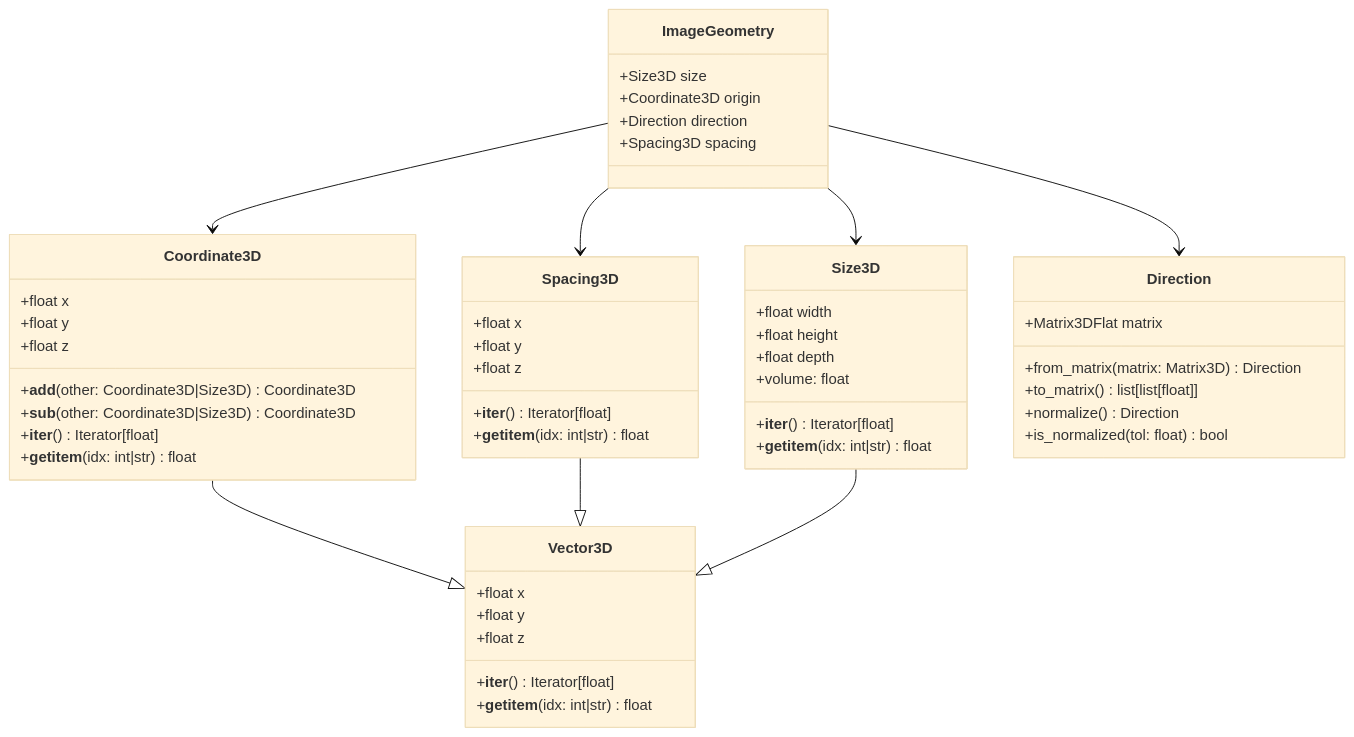
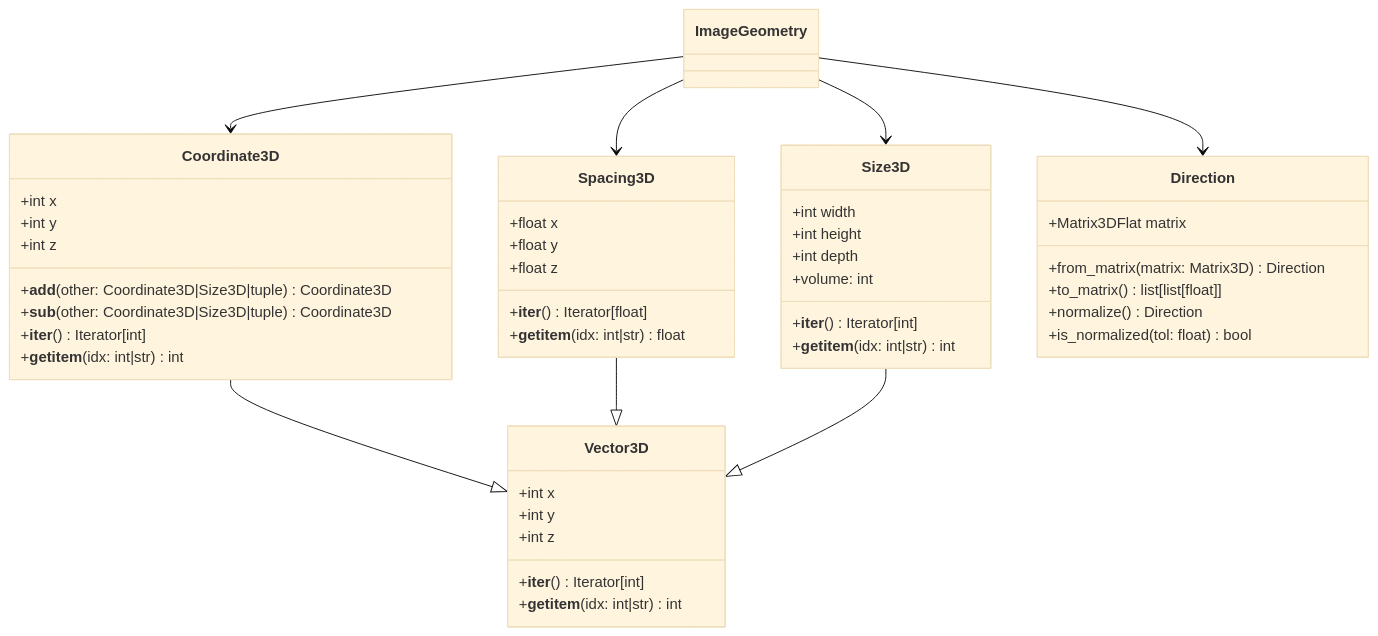
Before and after one commit to bhklab/med-imagetools: the diagram in src/imgtools/coretypes/README.md, drawn with Mermaid (base theme). The commit also changed 1 other file, not shown here.

Commit message:
fix typo in negative adjustment, and update class diagram

````diff
--- a/src/imgtools/coretypes/README.md
+++ b/src/imgtools/coretypes/README.md
@@ -3,63 +3,56 @@
 ```mermaid
 classDiagram
     class Vector3D {
-        +float x
-        +float y
-        +float z
-        +__iter__() Iterator[float]
-        +__getitem__(idx: int|str) float
+        +int x
+        +int y
+        +int z
+        +__iter__() Iterator[int]
+        +__getitem__(idx: int|str) int
     }
 
     class Coordinate3D {
-        +float x
-        +float y
-        +float z
-        +__add__(other: Coordinate3D|Size3D) Coordinate3D
-        +__sub__(other: Coordinate3D|Size3D) Coordinate3D
-        +__iter__() Iterator[float]
-        +__getitem__(idx: int|str) float
+        +int x
+        +int y
+        +int z
+        +__add__(other: Coordinate3D|Size3D|tuple) Coordinate3D
+        +__sub__(other: Coordinate3D|Size3D|tuple) Coordinate3D
+        +__iter__() Iterator[int]
+        +__getitem__(idx: int|str) int
     }
 
     class Spacing3D {
         +float x
         +float y
         +float z
         +__iter__() Iterator[float]
         +__getitem__(idx: int|str) float
     }
 
     class Size3D {
-        +float width
-        +float height
-        +float depth
-        +volume: float
-        +__iter__() Iterator[float]
-        +__getitem__(idx: int|str) float
+        +int width
+        +int height
+        +int depth
+        +volume: int
+        +__iter__() Iterator[int]
+        +__getitem__(idx: int|str) int
     }
-
-    class ImageGeometry {
-        +Size3D size
-        +Coordinate3D origin
-        +Direction direction
-        +Spacing3D spacing
-    }
-
+    
     class Direction {
         +Matrix3DFlat matrix
         +from_matrix(matrix: Matrix3D) Direction
         +to_matrix() list[list[float]]
         +normalize() Direction
         +is_normalized(tol: float) bool
     }
 
     %% Inheritance Relationships
     Coordinate3D --|> Vector3D
     Spacing3D --|> Vector3D
     Size3D --|> Vector3D
 
     %% Composition Relationships
     ImageGeometry --> Size3D
     ImageGeometry --> Coordinate3D
     ImageGeometry --> Direction
     ImageGeometry --> Spacing3D
 ```
````
